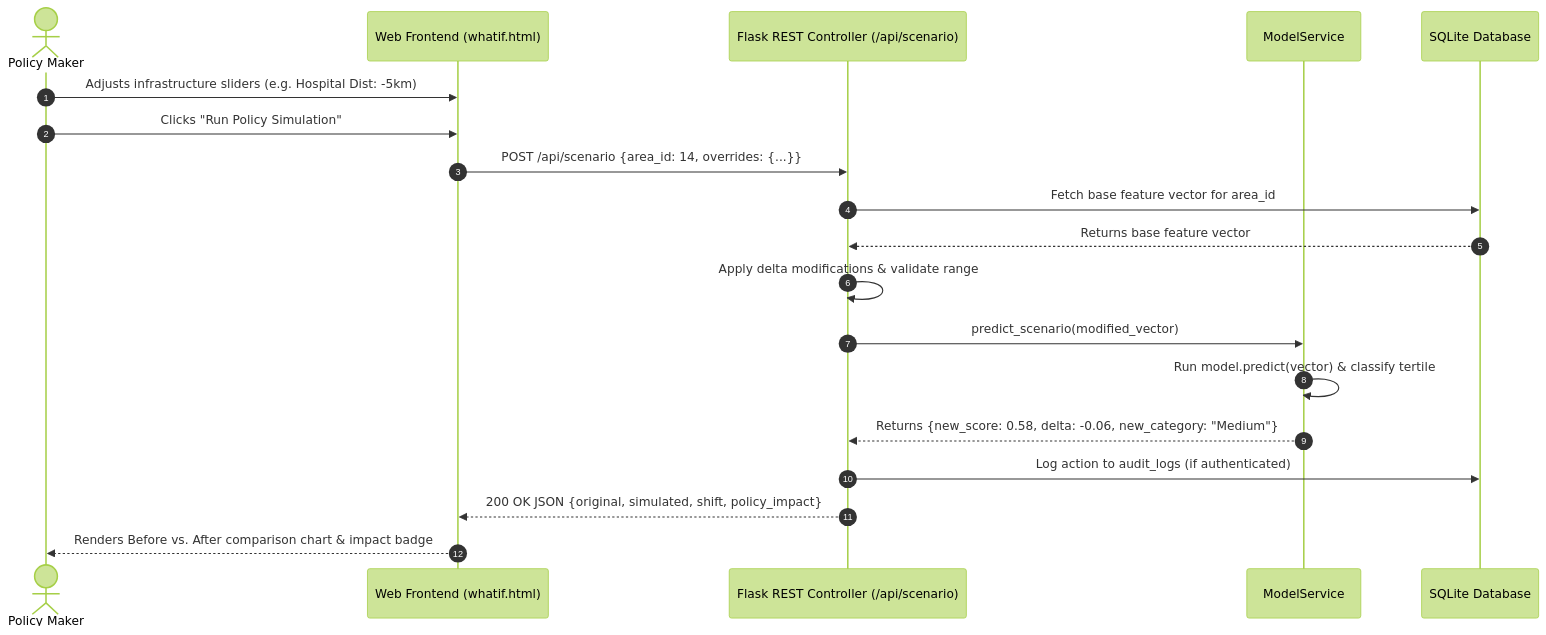
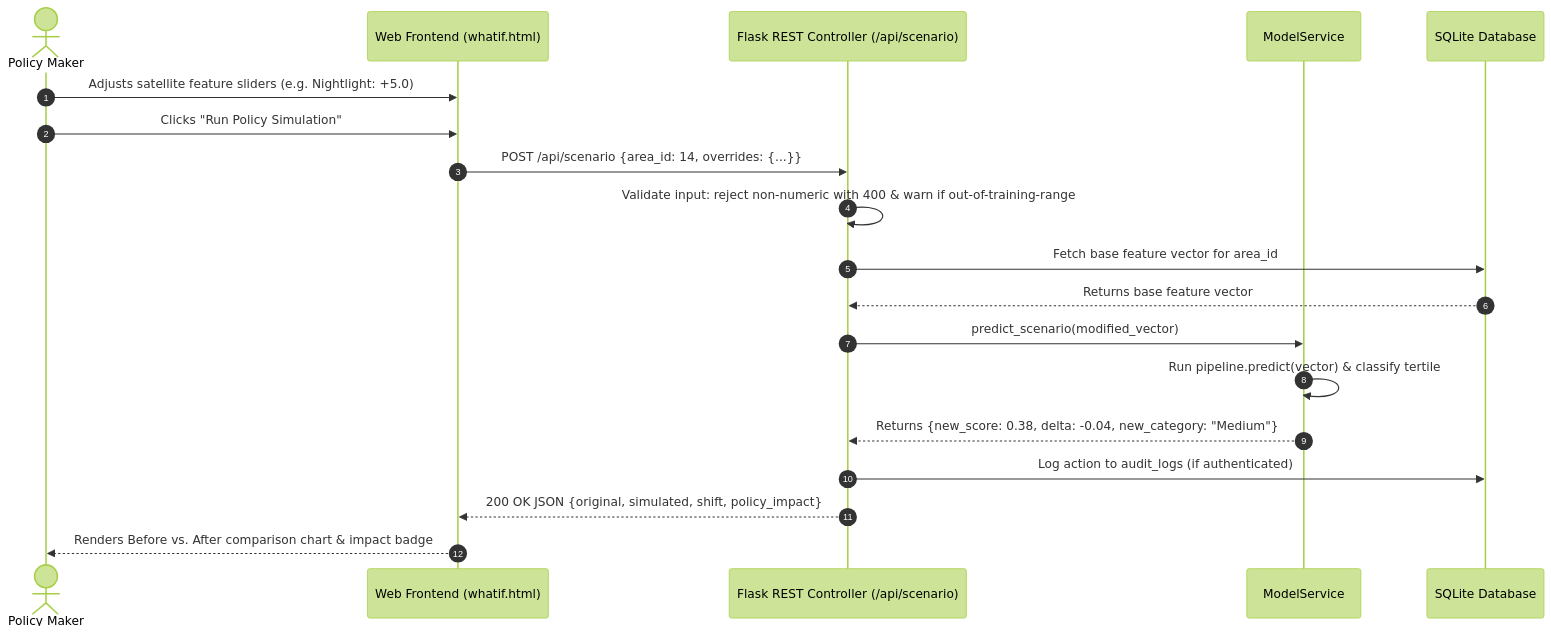
Before and after one commit to ditheshshettigar00-jpg/GeoPovertyAI: the sixth of 7 diagrams in documentation/SOFTWARE_DESIGN_SPECIFICATION.md, drawn with Mermaid (forest theme). The commit also changed other lines of this file and 133 other files, not shown here.

````diff
--- a/documentation/SOFTWARE_DESIGN_SPECIFICATION.md
+++ b/documentation/SOFTWARE_DESIGN_SPECIFICATION.md
@@ -658,22 +681,22 @@
 ```mermaid
 sequenceDiagram
     autonumber
     actor User as Policy Maker
     participant UI as Web Frontend (whatif.html)
     participant API as Flask REST Controller (/api/scenario)
     participant MS as ModelService
     participant DB as SQLite Database
 
-    User->>UI: Adjusts infrastructure sliders (e.g. Hospital Dist: -5km)
+    User->>UI: Adjusts satellite feature sliders (e.g. Nightlight: +5.0)
     User->>UI: Clicks "Run Policy Simulation"
     UI->>API: POST /api/scenario {area_id: 14, overrides: {...}}
+    API->>API: Validate input: reject non-numeric with 400 & warn if out-of-training-range
     API->>DB: Fetch base feature vector for area_id
     DB-->>API: Returns base feature vector
-    API->>API: Apply delta modifications & validate range
     API->>MS: predict_scenario(modified_vector)
-    MS->>MS: Run model.predict(vector) & classify tertile
-    MS-->>API: Returns {new_score: 0.58, delta: -0.06, new_category: "Medium"}
+    MS->>MS: Run pipeline.predict(vector) & classify tertile
+    MS-->>API: Returns {new_score: 0.38, delta: -0.04, new_category: "Medium"}
     API->>DB: Log action to audit_logs (if authenticated)
     API-->>UI: 200 OK JSON {original, simulated, shift, policy_impact}
     UI-->>User: Renders Before vs. After comparison chart & impact badge
 ```
````
